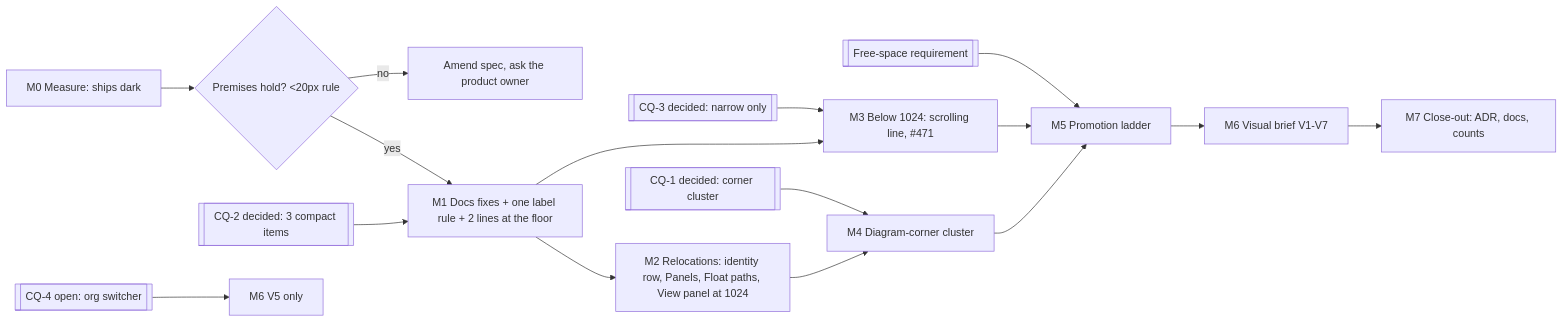
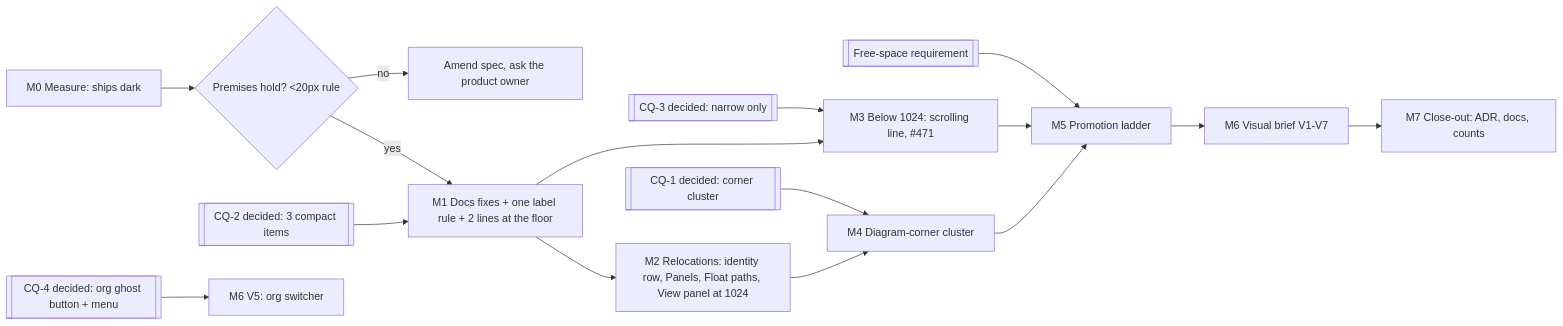
Before and after one commit to HuttonHomeHub/SchedulePoint_1: the diagram in docs/specs/toolbar-redesign/implementation-plan.md, drawn with Mermaid. The commit also changed other lines of this file and 1 other file, not shown here.

First line of the commit message:
docs(docs): toolbar-redesign spec round 3 (promotion model, org switcher, gates)

````diff
--- a/docs/specs/toolbar-redesign/implementation-plan.md
+++ b/docs/specs/toolbar-redesign/implementation-plan.md
@@ -12,18 +12,18 @@
 ```mermaid
 flowchart LR
   M0[M0 Measure: ships dark] --> G0{Premises hold? <20px rule}
   G0 -- no --> STOP[Amend spec, ask the product owner]
   G0 -- yes --> M1
   Q2[[CQ-2 decided: 3 compact items]] --> M1[M1 Docs fixes + one label rule + 2 lines at the floor]
   M1 --> M2[M2 Relocations: identity row, Panels, Float paths, View panel at 1024]
   Q3[[CQ-3 decided: narrow only]] --> M3[M3 Below 1024: scrolling line, #471]
   M1 --> M3
   Q1[[CQ-1 decided: corner cluster]] --> M4[M4 Diagram-corner cluster]
   M2 --> M4
   QF[[Free-space requirement]] --> M5[M5 Promotion ladder]
   M3 --> M5
   M4 --> M5
-  Q4[[CQ-4 open: org switcher]] --> M6V5[M6 V5 only]
+  Q4[[CQ-4 decided: org ghost button + menu]] --> M6V5[M6 V5: org switcher]
   M5 --> M6[M6 Visual brief V1-V7]
   M6 --> M7[M7 Close-out: ADR, docs, counts]
 ```
````
